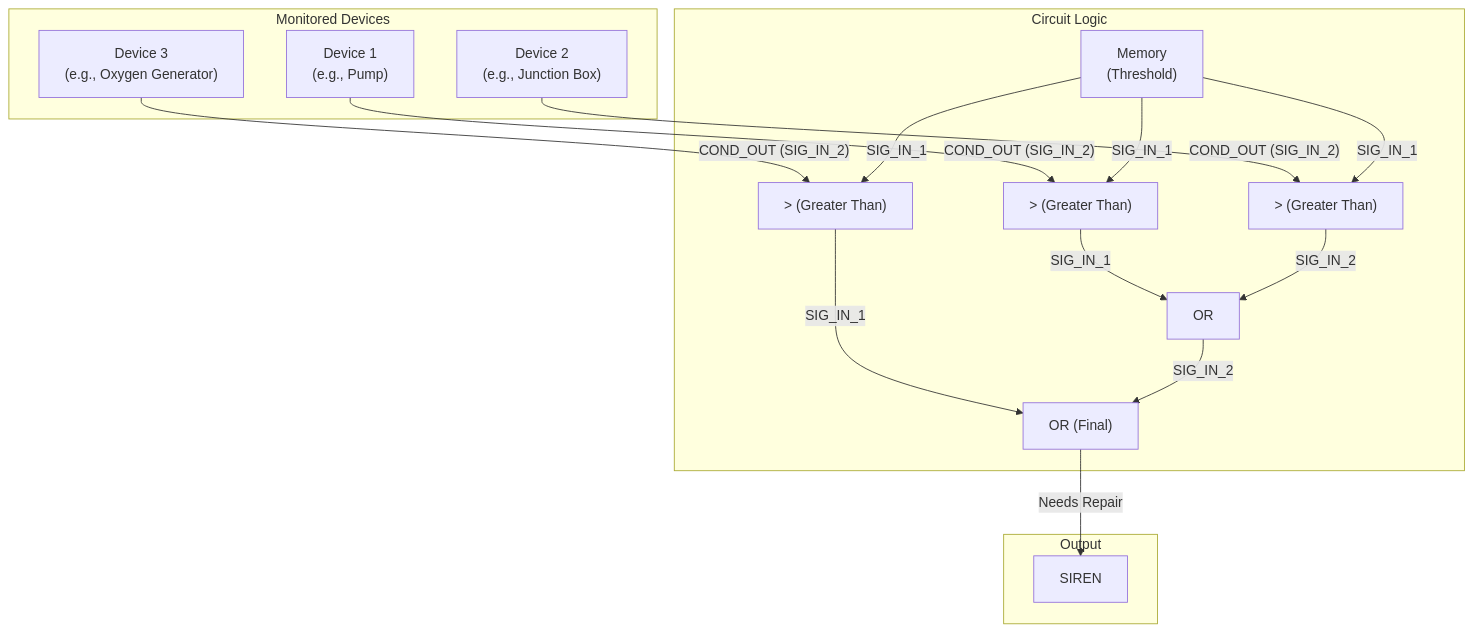
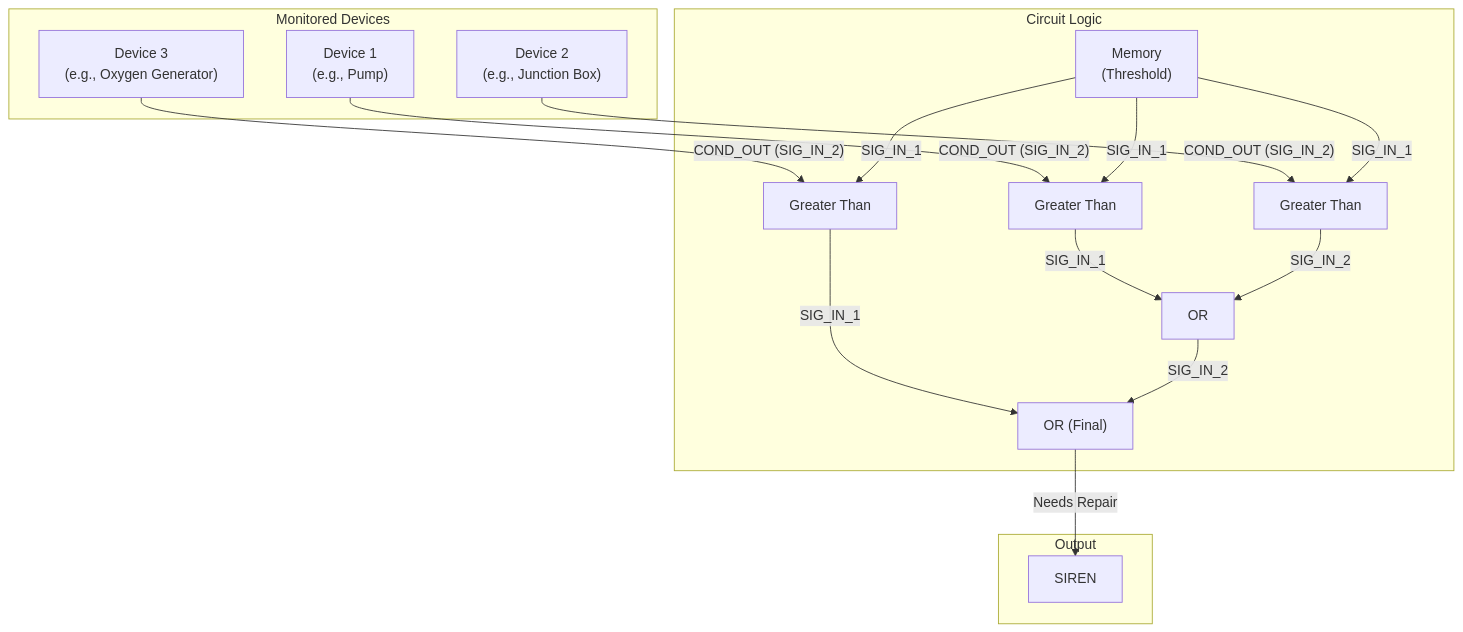
Before and after one commit to Xavrax/barotrauma: the diagram in summer_2k25_0/03-DevicesConditionAlert.md, drawn with Mermaid.

Commit message:
something changed

````diff
--- a/summer_2k25_0/03-DevicesConditionAlert.md
+++ b/summer_2k25_0/03-DevicesConditionAlert.md
@@ -42,40 +42,40 @@
 ```mermaid
 graph TD
     subgraph "Monitored Devices"
         DEV1["Device 1 <br> (e.g., Pump)"]
         DEV2["Device 2 <br> (e.g., Junction Box)"]
         DEV3["Device 3 <br> (e.g., Oxygen Generator)"]
     end
 
     subgraph "Circuit Logic"
         MEM_THRESH["Memory <br> (Threshold)"]
         
-        GT1["> (Greater Than)"]
-        GT2["> (Greater Than)"]
-        GT3["> (Greater Than)"]
+        GT1["Greater Than"]
+        GT2["Greater Than"]
+        GT3["Greater Than"]
 
         OR1["OR"]
         OR_FINAL["OR (Final)"]
     end
 
     subgraph "Output"
         ALARM["SIREN"]
     end
 
     DEV1 -- "COND_OUT (SIG_IN_2)" --> GT1
     MEM_THRESH -- "SIG_IN_1" --> GT1
 
     DEV2 -- "COND_OUT (SIG_IN_2)" --> GT2
     MEM_THRESH -- "SIG_IN_1" --> GT2
 
     DEV3 -- "COND_OUT (SIG_IN_2)" --> GT3
     MEM_THRESH -- "SIG_IN_1" --> GT3
 
     GT1 -- "SIG_IN_1" --> OR1
     GT2 -- "SIG_IN_2" --> OR1
 
     GT3 -- "SIG_IN_1" --> OR_FINAL
     OR1 -- "SIG_IN_2" --> OR_FINAL
 
     OR_FINAL -- "Needs Repair" --> ALARM
 ```
````
